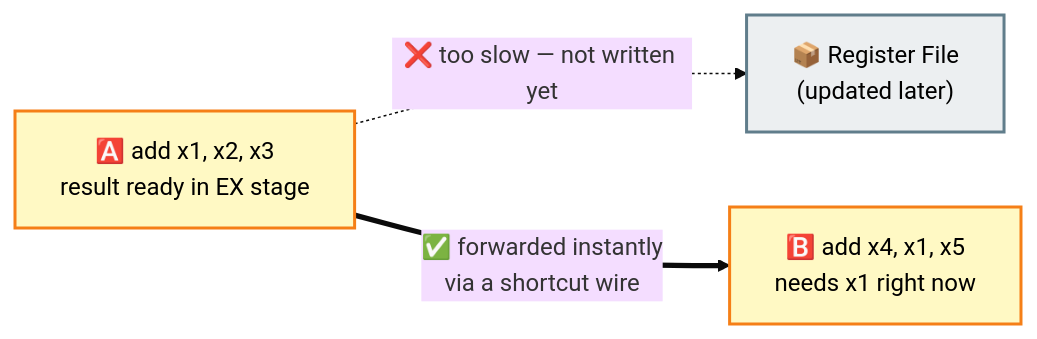
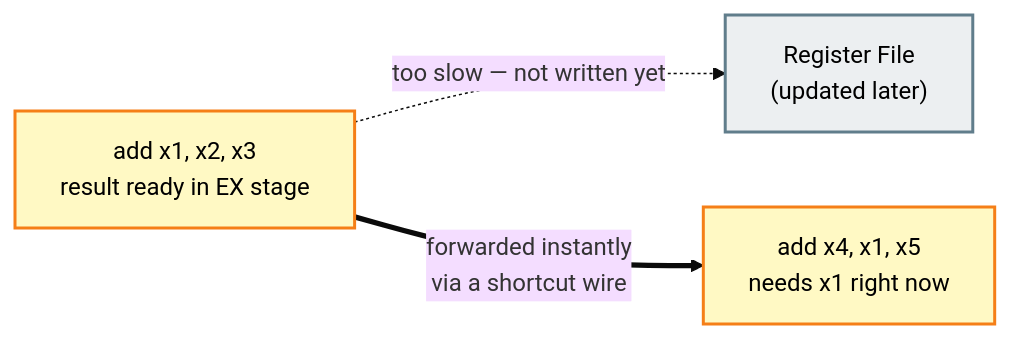
The third of 10 diagrams in README.md (hjsanjana/riscv-uvm-pipeline), drawn with Mermaid (base theme) before and after one commit. The commit also changed other lines of this file, not shown here.

Commit message:
Remove emoji from README, keep colors and diagrams

````diff
--- a/README.md
+++ b/README.md
@@ -117,12 +117,12 @@
 ```mermaid
 flowchart LR
-    I1["🅰️ add x1, x2, x3<br/>result ready in EX stage"]:::instr
-    RF["📦 Register File<br/>(updated later)"]:::slow
-    I2["🅱️ add x4, x1, x5<br/>needs x1 right now"]:::instr
+    I1["add x1, x2, x3<br/>result ready in EX stage"]:::instr
+    RF["Register File<br/>(updated later)"]:::slow
+    I2["add x4, x1, x5<br/>needs x1 right now"]:::instr
 
-    I1 -. "❌ too slow — not written yet" .-> RF
-    I1 == "✅ forwarded instantly<br/>via a shortcut wire" ==> I2
+    I1 -. "too slow — not written yet" .-> RF
+    I1 == "forwarded instantly<br/>via a shortcut wire" ==> I2
 
     classDef instr fill:#fff9c4,stroke:#f57f17,color:#000,stroke-width:2px
     classDef slow fill:#eceff1,stroke:#607d8b,color:#000,stroke-width:2px
 ```
````
